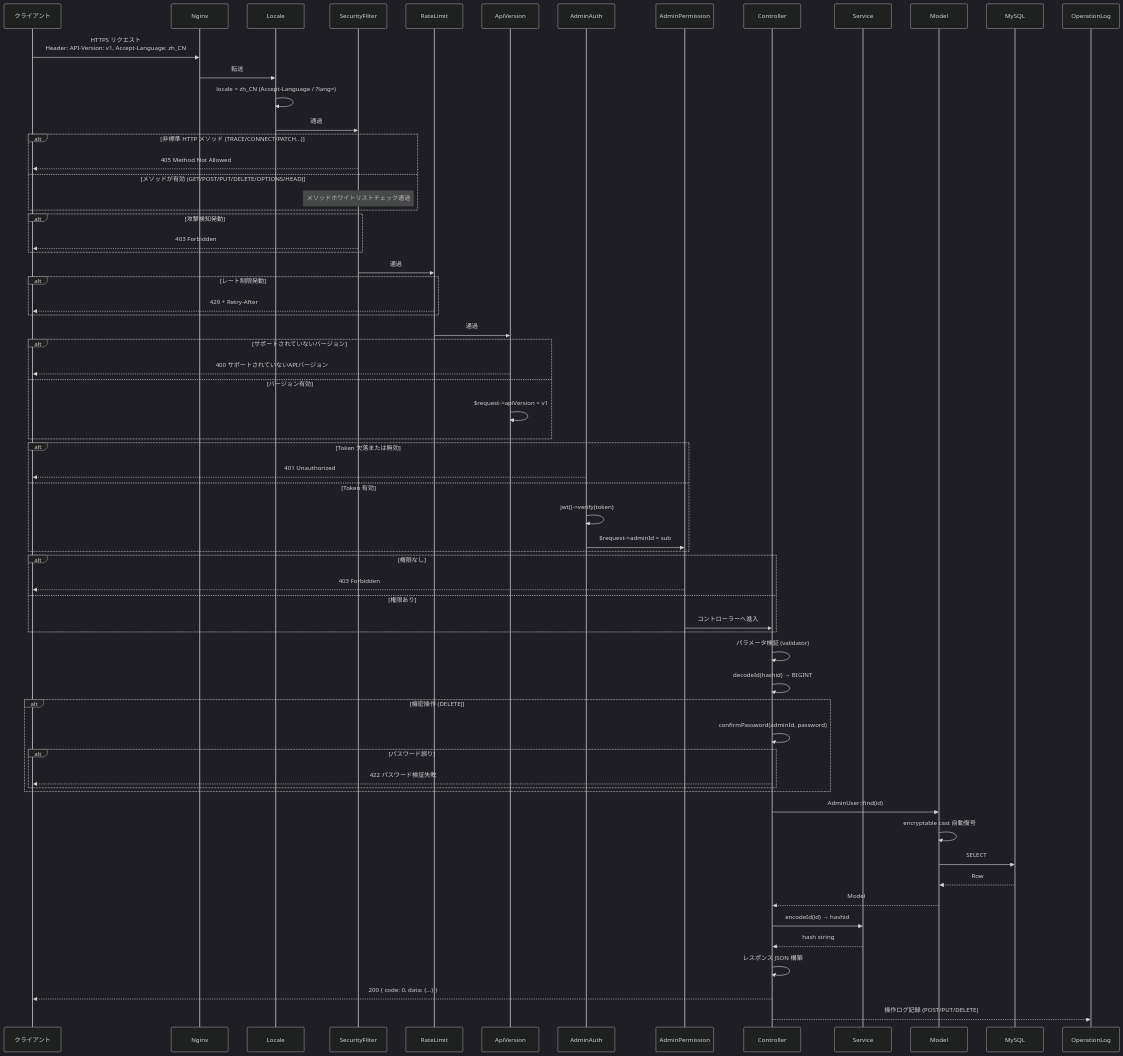
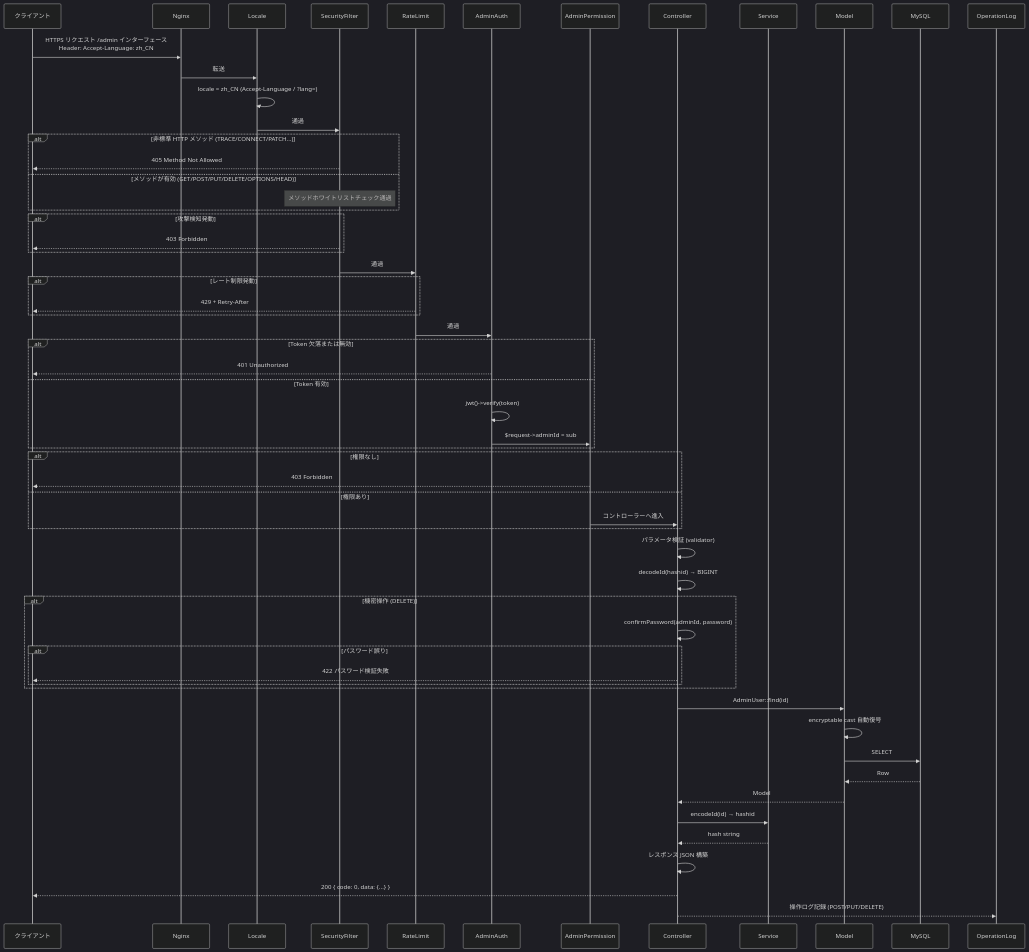
Before and after one commit to erikwang2013/open-admin: the third of 14 diagrams in docs/ARCHITECTURE.ja.md, drawn with Mermaid (dark theme). The commit also changed other lines of this file and 115 other files, not shown here.

First line of the commit message:
功能：新增项目宠物「小安」、站点首页与手写 SVG 设计图集；全部文档对齐代码

````diff
--- a/docs/ARCHITECTURE.ja.md
+++ b/docs/ARCHITECTURE.ja.md
@@ -147,82 +147,75 @@
 ```mermaid
 sequenceDiagram
     participant C as クライアント
     participant N as Nginx
     participant MW_LOC as Locale
     participant MW_SF as SecurityFilter
     participant MW_RL as RateLimit
-    participant MW0 as ApiVersion
     participant MW1 as AdminAuth
     participant MW2 as AdminPermission
     participant CTL as Controller
     participant SVC as Service
     participant MDL as Model
     participant DB as MySQL
     participant OPLOG as OperationLog
 
-    C->>N: HTTPS リクエスト<br/>Header: API-Version: v1, Accept-Language: zh_CN
+    C->>N: HTTPS リクエスト /admin インターフェース<br/>Header: Accept-Language: zh_CN
     N->>MW_LOC: 転送
 
     MW_LOC->>MW_LOC: locale = zh_CN (Accept-Language / ?lang=)
     MW_LOC->>MW_SF: 通過
 
     alt 非標準 HTTP メソッド (TRACE/CONNECT/PATCH...)
         MW_SF-->>C: 405 Method Not Allowed
     else メソッドが有効 (GET/POST/PUT/DELETE/OPTIONS/HEAD)
         Note over MW_SF: メソッドホワイトリストチェック通過
     end
 
     alt 攻撃検知発動
         MW_SF-->>C: 403 Forbidden
     end
 
     MW_SF->>MW_RL: 通過
 
     alt レート制限発動
         MW_RL-->>C: 429 + Retry-After
     end
 
-    MW_RL->>MW0: 通過
-
-    alt サポートされていないバージョン
-        MW0-->>C: 400 サポートされていないAPIバージョン
-    else バージョン有効
-        MW0->>MW0: $request->apiVersion = v1
-    end
+    MW_RL->>MW1: 通過
 
     alt Token 欠落または無効
         MW1-->>C: 401 Unauthorized
     else Token 有効
         MW1->>MW1: jwt()->verify(token)
         MW1->>MW2: $request->adminId = sub
     end
 
     alt 権限なし
         MW2-->>C: 403 Forbidden
     else 権限あり
         MW2->>CTL: コントローラーへ進入
     end
 
     CTL->>CTL: パラメータ検証 (validator)
     CTL->>CTL: decodeId(hashid) → BIGINT
 
     alt 機密操作 (DELETE)
         CTL->>CTL: confirmPassword(adminId, password)
         alt パスワード誤り
             CTL-->>C: 422 パスワード検証失敗
         end
     end
 
     CTL->>MDL: AdminUser::find(id)
     MDL->>MDL: encryptable cast 自動復号
     MDL->>DB: SELECT
     DB-->>MDL: Row
     MDL-->>CTL: Model
 
     CTL->>SVC: encodeId(id) → hashid
     SVC-->>CTL: hash string
 
     CTL->>CTL: レスポンス JSON 構築
     CTL-->>C: 200 { code: 0, data: {...} }
     CTL-->>OPLOG: 操作ログ記録 (POST/PUT/DELETE)
 ```
````
